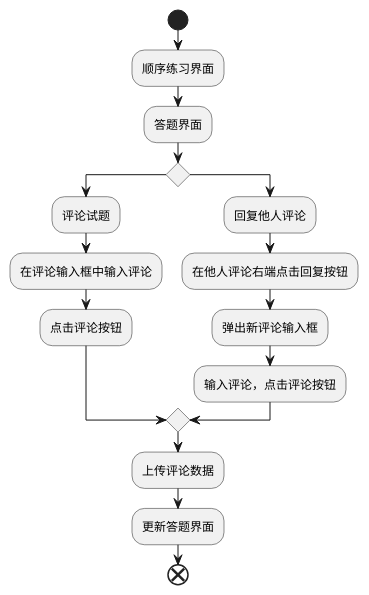
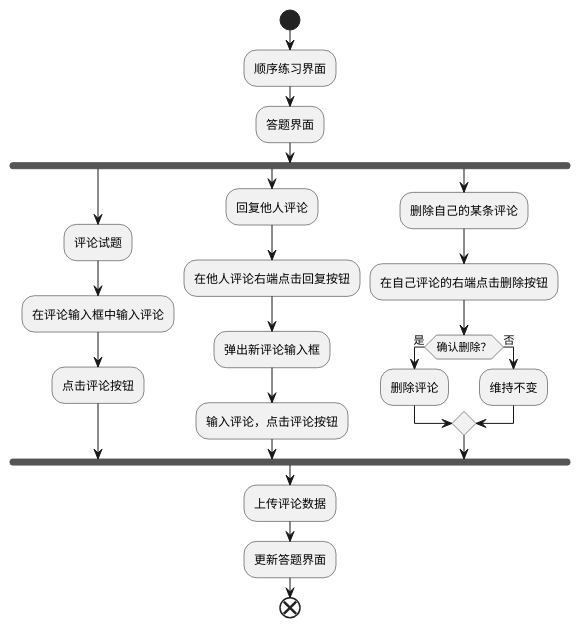
The diagram in src/main/java/com/zte/drive/diag/activity_exam_comment.puml (qwerqqwewq/DriveBook), drawn with PlantUML before and after one commit.

```diff
--- a/src/main/java/com/zte/drive/diag/activity_exam_comment.puml
+++ b/src/main/java/com/zte/drive/diag/activity_exam_comment.puml
@@ -1,18 +1,26 @@
 @startuml
     start
     :顺序练习界面;
     :答题界面;
-    if ()
+    fork
     :评论试题;
     :在评论输入框中输入评论;
     :点击评论按钮;
-    else
+    fork again
     :回复他人评论;
     :在他人评论右端点击回复按钮;
     :弹出新评论输入框;
     :输入评论，点击评论按钮;
+    fork again
+    :删除自己的某条评论;
+    :在自己评论的右端点击删除按钮;
+    if (确认删除？) then (是)
+    :删除评论;
+    else (否)
+    :维持不变;
     endif
+    end fork
     :上传评论数据;
     :更新答题界面;
     end
 @enduml
```
